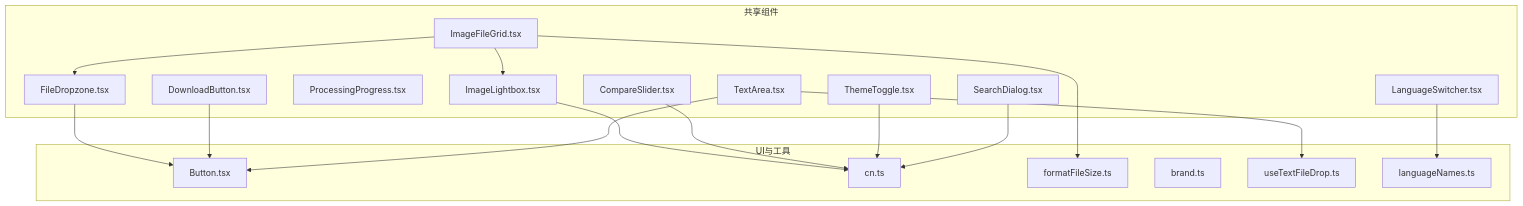
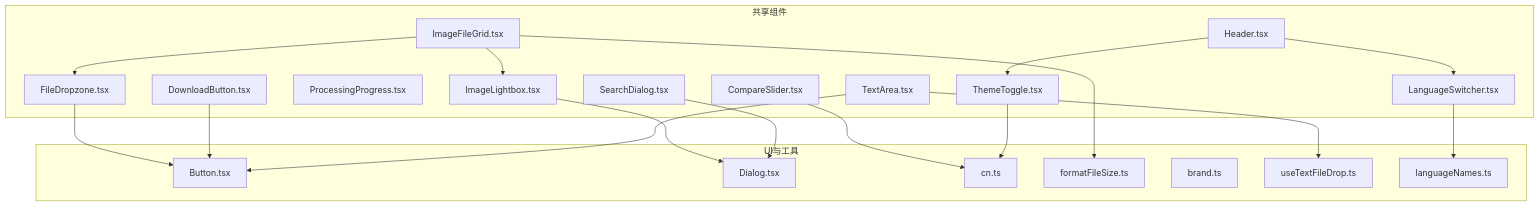
One commit to sgyy/privadeck changed the first of 5 diagrams in .qoder/repowiki/zh/content/UI组件系统/共享组件.md. Above: the diagram before and after it, drawn with Mermaid. The commit also changed other lines of this file and 6 other files, not shown here.

````diff
--- a/.qoder/repowiki/zh/content/UI组件系统/共享组件.md
+++ b/.qoder/repowiki/zh/content/UI组件系统/共享组件.md
@@ -42,35 +55,39 @@
 ```mermaid
 graph TB
 subgraph "共享组件"
 FDZ["FileDropzone.tsx"]
 DLB["DownloadButton.tsx"]
 PP["ProcessingProgress.tsx"]
 IFG["ImageFileGrid.tsx"]
 ILB["ImageLightbox.tsx"]
 CS["CompareSlider.tsx"]
 TA["TextArea.tsx"]
 TT["ThemeToggle.tsx"]
 LS["LanguageSwitcher.tsx"]
 SD["SearchDialog.tsx"]
+HDR["Header.tsx"]
 end
 subgraph "UI与工具"
 BTN["Button.tsx"]
+DLG["Dialog.tsx"]
 CN["cn.ts"]
 FFS["formatFileSize.ts"]
 BRD["brand.ts"]
 UTEXT["useTextFileDrop.ts"]
 LANGNAMES["languageNames.ts"]
 end
 FDZ --> BTN
 DLB --> BTN
 IFG --> FDZ
 IFG --> ILB
 IFG --> FFS
-ILB --> CN
+ILB --> DLG
 CS --> CN
 TA --> BTN
 TA --> UTEXT
 TT --> CN
 LS --> LANGNAMES
-SD --> CN
+SD --> DLG
+HDR --> LS
+HDR --> TT
 ```
````
